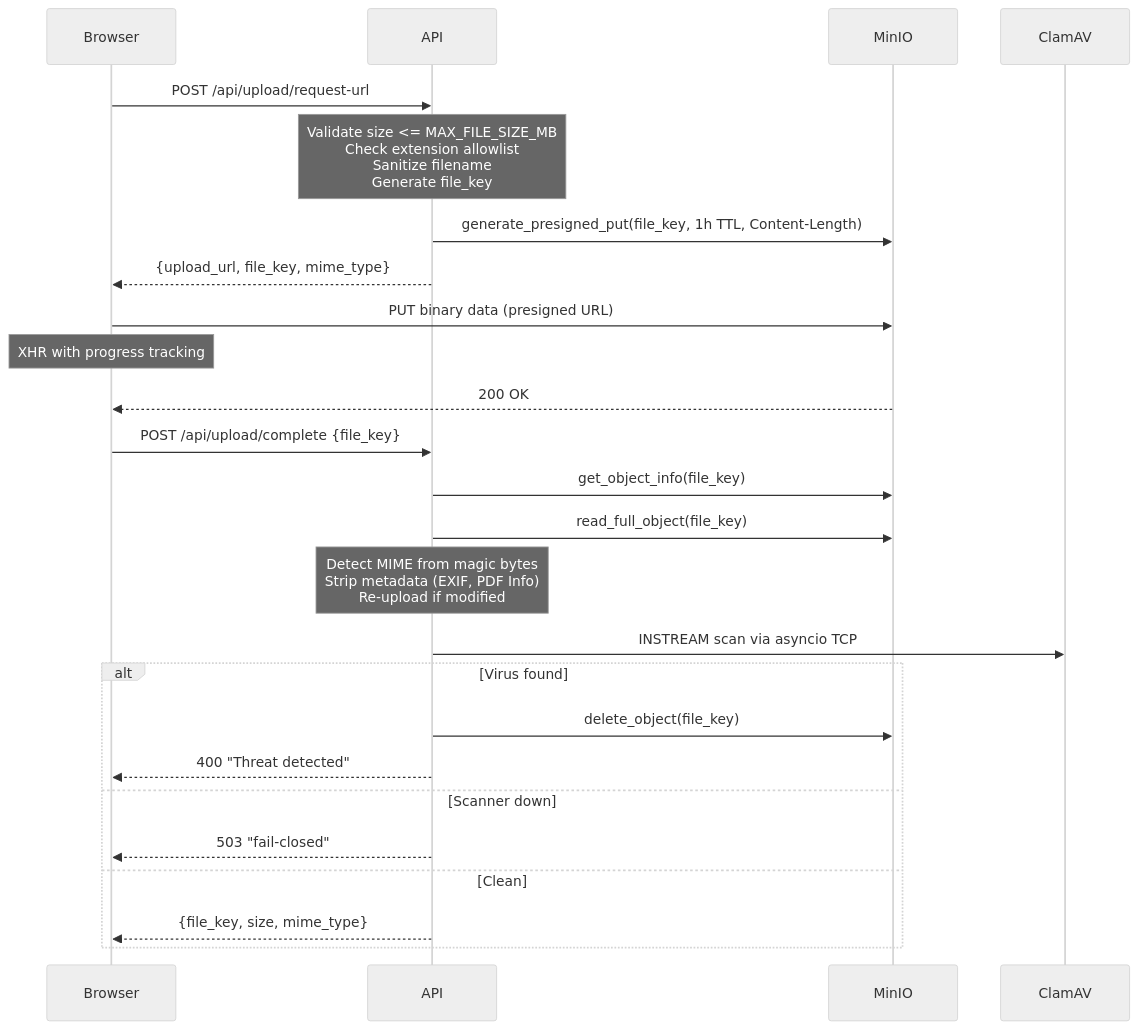
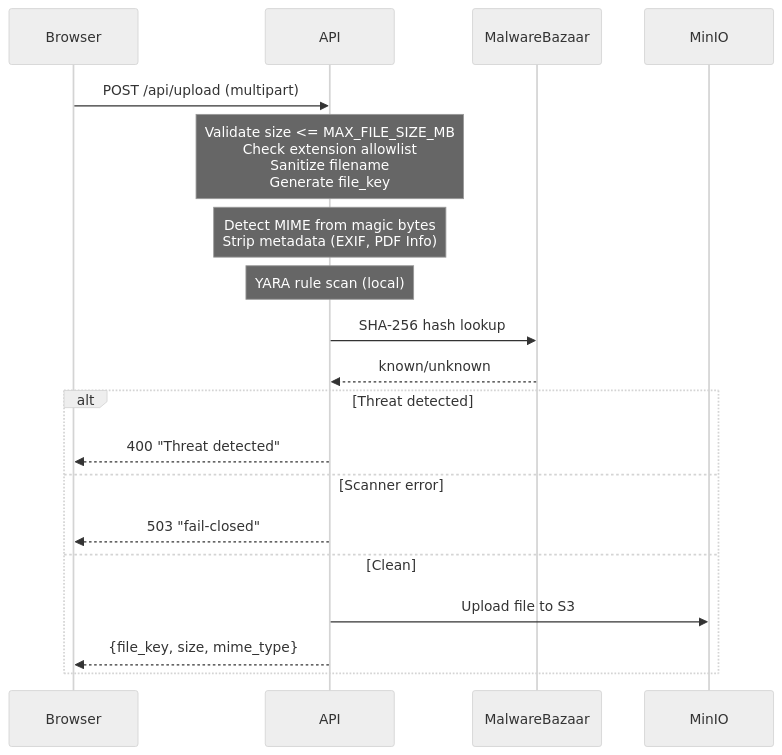
The diagram in docs/api/upload.md (Theo-Darvoux/WikINT), drawn with Mermaid (neutral theme) before and after one commit. The commit also changed other lines of this file and 48 other files, not shown here.

````diff
--- a/docs/api/upload.md
+++ b/docs/api/upload.md
@@ -11,30 +11,22 @@
 ```mermaid
 sequenceDiagram
     participant B as Browser
     participant A as API
+    participant MB as MalwareBazaar
     participant M as MinIO
-    participant C as ClamAV
 
-    B->>A: POST /api/upload/request-url
+    B->>A: POST /api/upload (multipart)
     Note over A: Validate size <= MAX_FILE_SIZE_MB<br/>Check extension allowlist<br/>Sanitize filename<br/>Generate file_key
-    A->>M: generate_presigned_put(file_key, 1h TTL, Content-Length)
-    A-->>B: {upload_url, file_key, mime_type}
-
-    B->>M: PUT binary data (presigned URL)
-    Note over B: XHR with progress tracking
-    M-->>B: 200 OK
-
-    B->>A: POST /api/upload/complete {file_key}
-    A->>M: get_object_info(file_key)
-    A->>M: read_full_object(file_key)
-    Note over A: Detect MIME from magic bytes<br/>Strip metadata (EXIF, PDF Info)<br/>Re-upload if modified
-    A->>C: INSTREAM scan via asyncio TCP
-    alt Virus found
-        A->>M: delete_object(file_key)
+    Note over A: Detect MIME from magic bytes<br/>Strip metadata (EXIF, PDF Info)
+    Note over A: YARA rule scan (local)
+    A->>MB: SHA-256 hash lookup
+    MB-->>A: known/unknown
+    alt Threat detected
         A-->>B: 400 "Threat detected"
-    else Scanner down
+    else Scanner error
         A-->>B: 503 "fail-closed"
     else Clean
+        A->>M: Upload file to S3
         A-->>B: {file_key, size, mime_type}
     end
 ```
````
